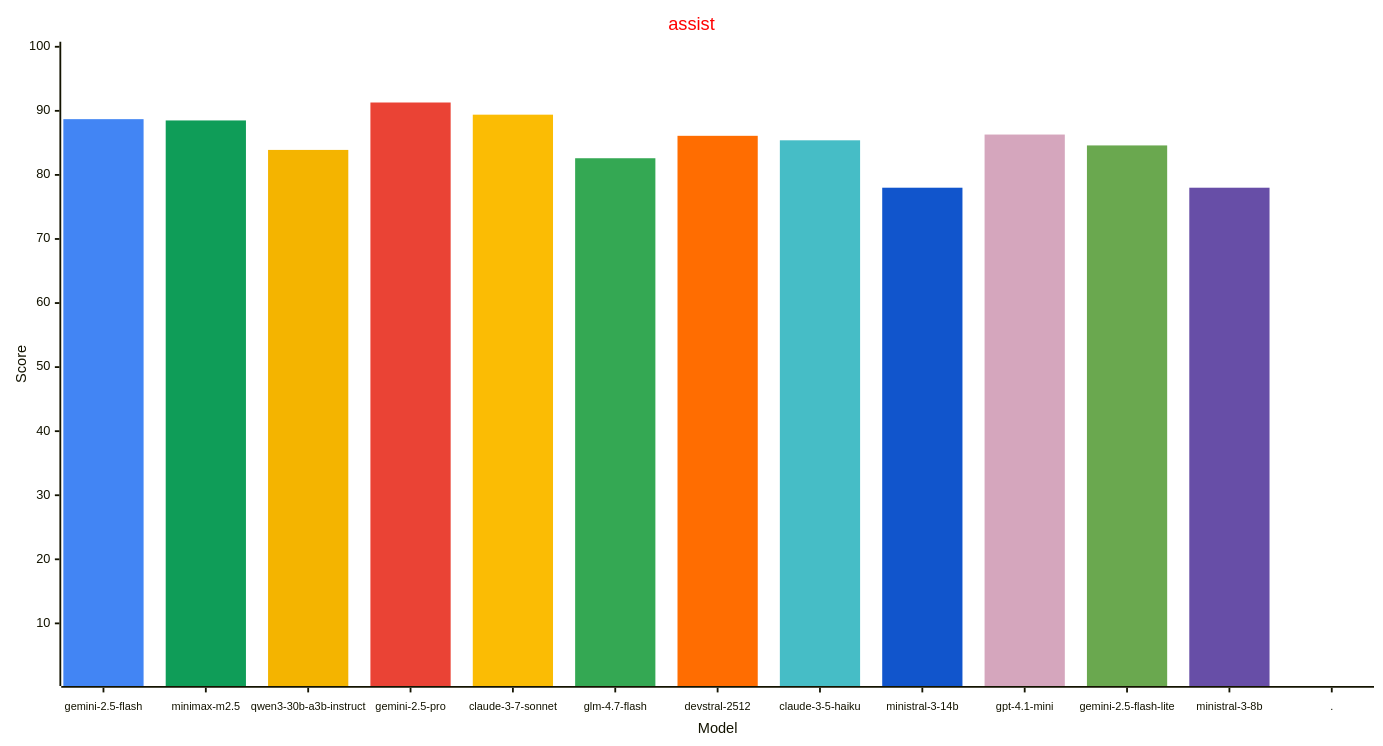
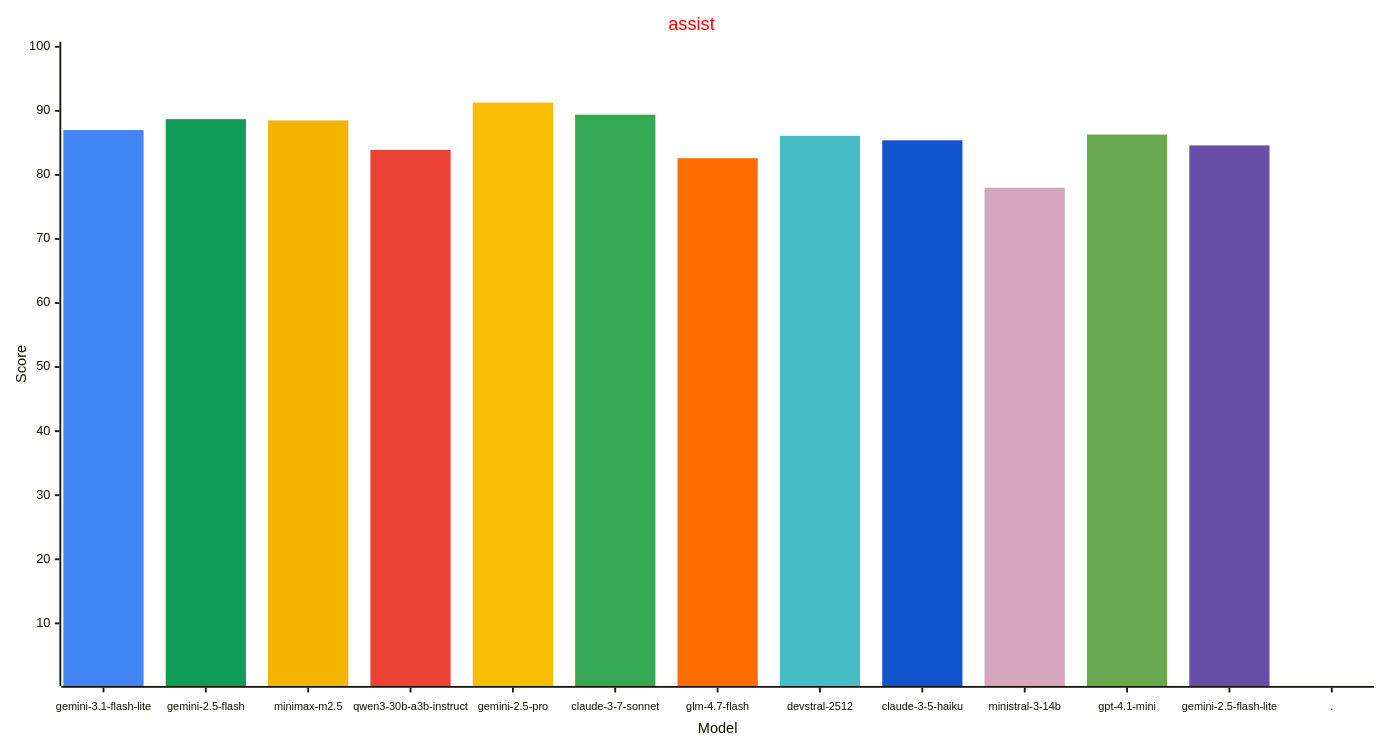
The first of 4 diagrams in reports/README.md (allenporter/home-assistant-datasets), drawn with Mermaid before and after one commit. The commit also changed other lines of this file and 1088 other files, not shown here.

Commit message:
Add Gemini 3.1 Flash Lite evaluation results

````diff
--- a/reports/README.md
+++ b/reports/README.md
@@ -58,33 +59,33 @@
 ```mermaid
 ---
 config:
     xyChart:
         width: 1500
         height: 800
         xAxis:
           labelFontSize: 12
           labelPadding: 8
     themeVariables:
         xyChart:
             titleColor: "#ff0000"
             plotColorPalette: "#4285f4, #0f9d58, #f4b400, #ea4335, #fbbc04, #34a853, #ff6d01, #46bdc6, #1155cc, #d5a6bd, #6aa84f, #674ea7, #4285f4"
 
 ---
 xychart-beta
   title "assist"
-  x-axis "Model" [gemini-2.5-flash, minimax-m2.5, qwen3-30b-a3b-instruct, gemini-2.5-pro, claude-3-7-sonnet, glm-4.7-flash, devstral-2512, claude-3-5-haiku, ministral-3-14b, gpt-4.1-mini, gemini-2.5-flash-lite, ministral-3-8b, .]
+  x-axis "Model" [gemini-3.1-flash-lite, gemini-2.5-flash, minimax-m2.5, qwen3-30b-a3b-instruct, gemini-2.5-pro, claude-3-7-sonnet, glm-4.7-flash, devstral-2512, claude-3-5-haiku, ministral-3-14b, gpt-4.1-mini, gemini-2.5-flash-lite, .]
   y-axis "Score" 1 --> 100
-  bar [88.7, 0.0, 0.0, 0.0, 0.0, 0.0, 0.0, 0.0, 0.0, 0.0, 0.0, 0.0, 0.0]
-  bar [0.0, 88.5, 0.0, 0.0, 0.0, 0.0, 0.0, 0.0, 0.0, 0.0, 0.0, 0.0, 0.0]
-  bar [0.0, 0.0, 83.9, 0.0, 0.0, 0.0, 0.0, 0.0, 0.0, 0.0, 0.0, 0.0, 0.0]
-  bar [0.0, 0.0, 0.0, 91.3, 0.0, 0.0, 0.0, 0.0, 0.0, 0.0, 0.0, 0.0, 0.0]
-  bar [0.0, 0.0, 0.0, 0.0, 89.4, 0.0, 0.0, 0.0, 0.0, 0.0, 0.0, 0.0, 0.0]
-  bar [0.0, 0.0, 0.0, 0.0, 0.0, 82.6, 0.0, 0.0, 0.0, 0.0, 0.0, 0.0, 0.0]
-  bar [0.0, 0.0, 0.0, 0.0, 0.0, 0.0, 86.1, 0.0, 0.0, 0.0, 0.0, 0.0, 0.0]
-  bar [0.0, 0.0, 0.0, 0.0, 0.0, 0.0, 0.0, 85.4, 0.0, 0.0, 0.0, 0.0, 0.0]
-  bar [0.0, 0.0, 0.0, 0.0, 0.0, 0.0, 0.0, 0.0, 78.0, 0.0, 0.0, 0.0, 0.0]
-  bar [0.0, 0.0, 0.0, 0.0, 0.0, 0.0, 0.0, 0.0, 0.0, 86.3, 0.0, 0.0, 0.0]
-  bar [0.0, 0.0, 0.0, 0.0, 0.0, 0.0, 0.0, 0.0, 0.0, 0.0, 84.6, 0.0, 0.0]
-  bar [0.0, 0.0, 0.0, 0.0, 0.0, 0.0, 0.0, 0.0, 0.0, 0.0, 0.0, 78.0, 0.0]
+  bar [87.0, 0.0, 0.0, 0.0, 0.0, 0.0, 0.0, 0.0, 0.0, 0.0, 0.0, 0.0, 0.0]
+  bar [0.0, 88.7, 0.0, 0.0, 0.0, 0.0, 0.0, 0.0, 0.0, 0.0, 0.0, 0.0, 0.0]
+  bar [0.0, 0.0, 88.5, 0.0, 0.0, 0.0, 0.0, 0.0, 0.0, 0.0, 0.0, 0.0, 0.0]
+  bar [0.0, 0.0, 0.0, 83.9, 0.0, 0.0, 0.0, 0.0, 0.0, 0.0, 0.0, 0.0, 0.0]
+  bar [0.0, 0.0, 0.0, 0.0, 91.3, 0.0, 0.0, 0.0, 0.0, 0.0, 0.0, 0.0, 0.0]
+  bar [0.0, 0.0, 0.0, 0.0, 0.0, 89.4, 0.0, 0.0, 0.0, 0.0, 0.0, 0.0, 0.0]
+  bar [0.0, 0.0, 0.0, 0.0, 0.0, 0.0, 82.6, 0.0, 0.0, 0.0, 0.0, 0.0, 0.0]
+  bar [0.0, 0.0, 0.0, 0.0, 0.0, 0.0, 0.0, 86.1, 0.0, 0.0, 0.0, 0.0, 0.0]
+  bar [0.0, 0.0, 0.0, 0.0, 0.0, 0.0, 0.0, 0.0, 85.4, 0.0, 0.0, 0.0, 0.0]
+  bar [0.0, 0.0, 0.0, 0.0, 0.0, 0.0, 0.0, 0.0, 0.0, 78.0, 0.0, 0.0, 0.0]
+  bar [0.0, 0.0, 0.0, 0.0, 0.0, 0.0, 0.0, 0.0, 0.0, 0.0, 86.3, 0.0, 0.0]
+  bar [0.0, 0.0, 0.0, 0.0, 0.0, 0.0, 0.0, 0.0, 0.0, 0.0, 0.0, 84.6, 0.0]
   bar [0.0, 0.0, 0.0, 0.0, 0.0, 0.0, 0.0, 0.0, 0.0, 0.0, 0.0, 0.0, -1.0]
 ```
````
